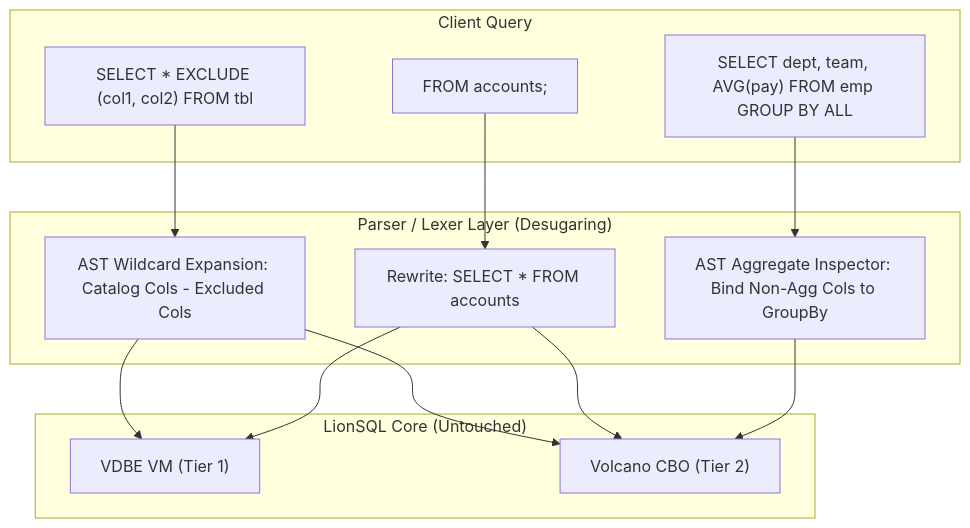
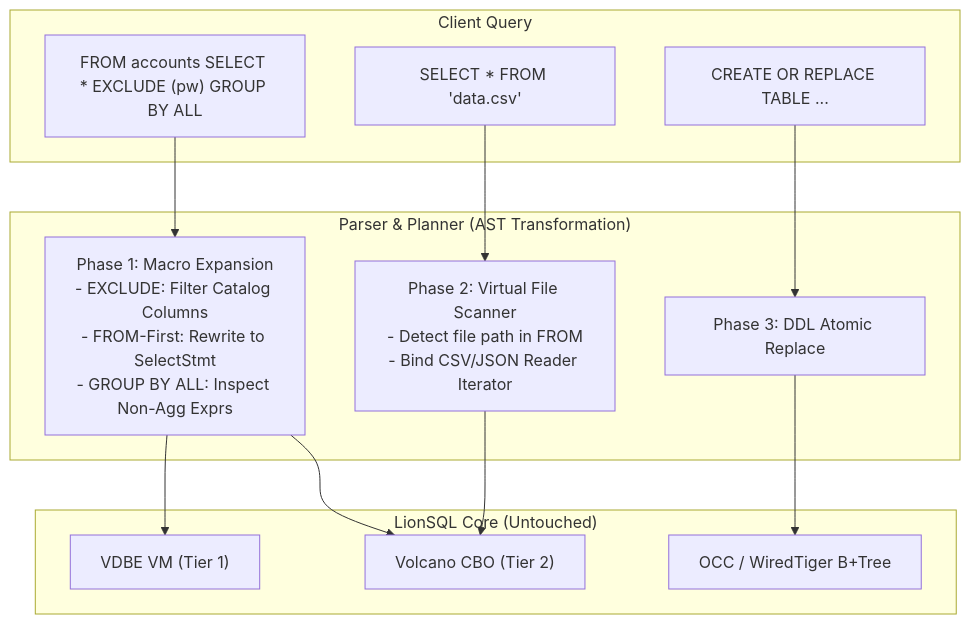
Before and after one commit to MaroShim/LionSQL: the diagram in notes/DUCKDB_STYLE_FRIENDLY_SQL_ERGONOMICS_PLAN.ko.md, drawn with Mermaid. The commit also changed other lines of this file and 1 other file, not shown here.

Commit message:
docs(plan): expand DuckDB friendly SQL plan to full catalog with Phase 1 priority

````diff
--- a/notes/DUCKDB_STYLE_FRIENDLY_SQL_ERGONOMICS_PLAN.ko.md
+++ b/notes/DUCKDB_STYLE_FRIENDLY_SQL_ERGONOMICS_PLAN.ko.md
@@ -22,23 +151,24 @@
 ```mermaid
 flowchart TD
-    subgraph Client["Client Query"]
-        Q1["SELECT * EXCLUDE (col1, col2) FROM tbl"]
-        Q2["FROM accounts;"]
-        Q3["SELECT dept, team, AVG(pay) FROM emp GROUP BY ALL"]
+    subgraph ClientLayer["Client Query"]
+        Q1["FROM accounts SELECT * EXCLUDE (pw) GROUP BY ALL"]
+        Q2["SELECT * FROM 'data.csv'"]
+        Q3["CREATE OR REPLACE TABLE ..."]
     end
 
-    subgraph Parser["Parser / Lexer Layer (Desugaring)"]
-        D1["AST Wildcard Expansion: Catalog Cols - Excluded Cols"]
-        D2["Rewrite: SELECT * FROM accounts"]
-        D3["AST Aggregate Inspector: Bind Non-Agg Cols to GroupBy"]
+    subgraph ParserPlanner["Parser & Planner (AST Transformation)"]
+        Desugar["Phase 1: Macro Expansion\n- EXCLUDE: Filter Catalog Columns\n- FROM-First: Rewrite to SelectStmt\n- GROUP BY ALL: Inspect Non-Agg Exprs"]
+        FileVirtual["Phase 2: Virtual File Scanner\n- Detect file path in FROM\n- Bind CSV/JSON Reader Iterator"]
+        DDLHandler["Phase 3: DDL Atomic Replace"]
     end
 
-    subgraph Engine["LionSQL Core (Untouched)"]
+    subgraph CoreEngine["LionSQL Core (Untouched)"]
         VDBE["VDBE VM (Tier 1)"]
         CBO["Volcano CBO (Tier 2)"]
+        Storage["OCC / WiredTiger B+Tree"]
     end
 
-    Q1 --> D1 --> VDBE & CBO
-    Q2 --> D2 --> VDBE & CBO
-    Q3 --> D3 --> CBO
+    Q1 --> Desugar --> VDBE & CBO
+    Q2 --> FileVirtual --> CBO
+    Q3 --> DDLHandler --> Storage
 ```
````
